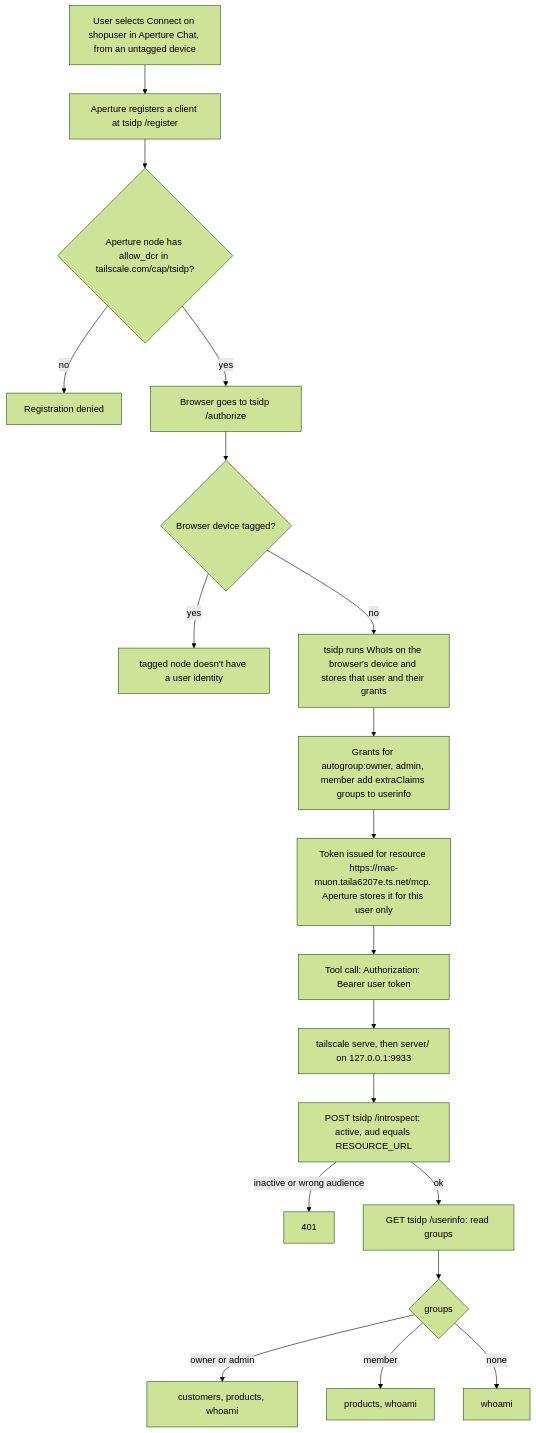
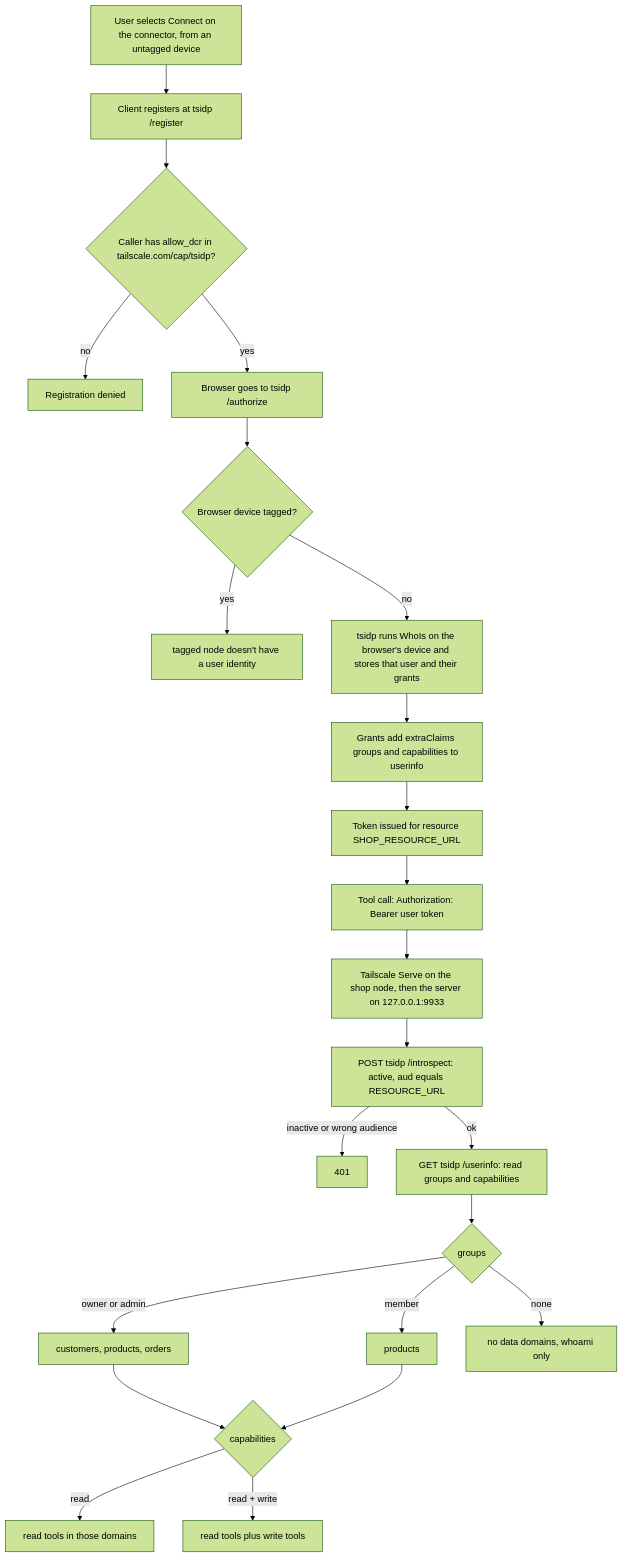
Before and after one commit to Vin-dictive/tsidp-mcp-example: the diagram in README.md, drawn with Mermaid (forest theme). The commit also changed other lines of this file and 16 other files, not shown here.

Commit message:
Refactor server and inspector for enhanced capabilities and role-based access - Implemented role-based access control in verify.js, ensuring distinct read and write capabilities. - Adjusted serve.json to remove unnecessary TCP forwarding configuration.

````diff
--- a/README.md
+++ b/README.md
@@ -48,21 +24,25 @@
 ```mermaid
 flowchart TD
-  connect["User selects Connect on shopuser in Aperture Chat, from an untagged device"] --> dcr["Aperture registers a client at tsidp /register"]
-  dcr --> dcrgrant{"Aperture node has allow_dcr in tailscale.com/cap/tsidp?"}
+  connect["User selects Connect on the connector, from an untagged device"] --> dcr["Client registers at tsidp /register"]
+  dcr --> dcrgrant{"Caller has allow_dcr in tailscale.com/cap/tsidp?"}
   dcrgrant -- no --> dcrdeny["Registration denied"]
   dcrgrant -- yes --> authorize["Browser goes to tsidp /authorize"]
   authorize --> tagged{"Browser device tagged?"}
   tagged -- yes --> tagdeny["tagged node doesn't have a user identity"]
   tagged -- no --> whois["tsidp runs WhoIs on the browser's device and stores that user and their grants"]
-  whois --> claims["Grants for autogroup:owner, admin, member add extraClaims groups to userinfo"]
-  claims --> token["Token issued for resource https://mac-muon.taila6207e.ts.net/mcp. Aperture stores it for this user only"]
+  whois --> claims["Grants add extraClaims groups and capabilities to userinfo"]
+  claims --> token["Token issued for resource SHOP_RESOURCE_URL"]
   token --> toolcall["Tool call: Authorization: Bearer user token"]
-  toolcall --> serve["tailscale serve, then server/ on 127.0.0.1:9933"]
+  toolcall --> serve["Tailscale Serve on the shop node, then the server on 127.0.0.1:9933"]
   serve --> intro["POST tsidp /introspect: active, aud equals RESOURCE_URL"]
   intro -- inactive or wrong audience --> u401["401"]
-  intro -- ok --> userinfo["GET tsidp /userinfo: read groups"]
-  userinfo --> tier{"groups"}
-  tier -- owner or admin --> admin["customers, products, whoami"]
-  tier -- member --> member["products, whoami"]
-  tier -- none --> notier["whoami"]
+  intro -- ok --> userinfo["GET tsidp /userinfo: read groups and capabilities"]
+  userinfo --> domains{"groups"}
+  domains -- owner or admin --> d1["customers, products, orders"]
+  domains -- member --> d2["products"]
+  domains -- none --> d3["no data domains, whoami only"]
+  d1 --> caps{"capabilities"}
+  d2 --> caps
+  caps -- read --> readonly["read tools in those domains"]
+  caps -- read + write --> readwrite["read tools plus write tools"]
 ```
````
